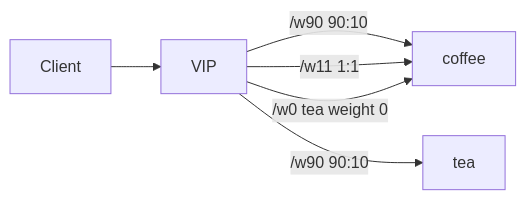
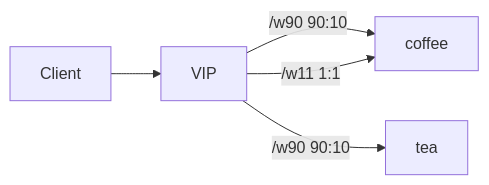
Before and after one commit to mink0119/2609_f5bnk: the diagram in HTTP_Routing/2.29_HTTPTrafficSplitting/README.md, drawn with Mermaid. The commit also changed other lines of this file and 15 other files, not shown here.

````diff
--- a/HTTP_Routing/2.29_HTTPTrafficSplitting/README.md
+++ b/HTTP_Routing/2.29_HTTPTrafficSplitting/README.md
@@ -5,7 +5,6 @@
 ```mermaid
 flowchart LR
   C[Client] --> VIP[VIP]
   VIP -->|/w90 90:10| P1[coffee] & P2[tea]
   VIP -->|/w11 1:1| P1
-  VIP -->|/w0 tea weight 0| P1
 ```
````
